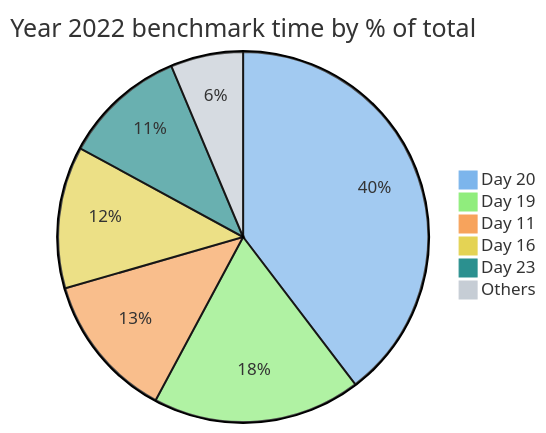
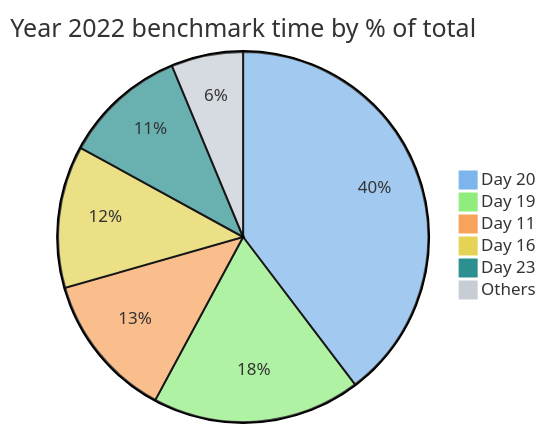
The second of 4 diagrams in README.md (maneatingape/advent-of-code-rust), drawn with Mermaid before and after one commit. The commit also changed other lines of this file and 4 other files, not shown here.

````diff
--- a/README.md
+++ b/README.md
@@ -61,11 +61,11 @@
 ```mermaid
 %%{init: {'theme': 'base', 'themeVariables': { 'pie1': '#7cb5ec', 'pie2': '#90ed7d', 'pie3': '#f7a35c', 'pie4': '#e4d354', 'pie5': '#2b908f', 'pie6': '#c6cdd5'}}}%%
 pie
     title Year 2022 benchmark time by % of total
     "Day 20" : 7449
     "Day 19" : 3416
     "Day 11" : 2386
     "Day 16" : 2331
     "Day 23" : 2017
-    "Others" : 1189
+    "Others" : 1178
 ```
````
